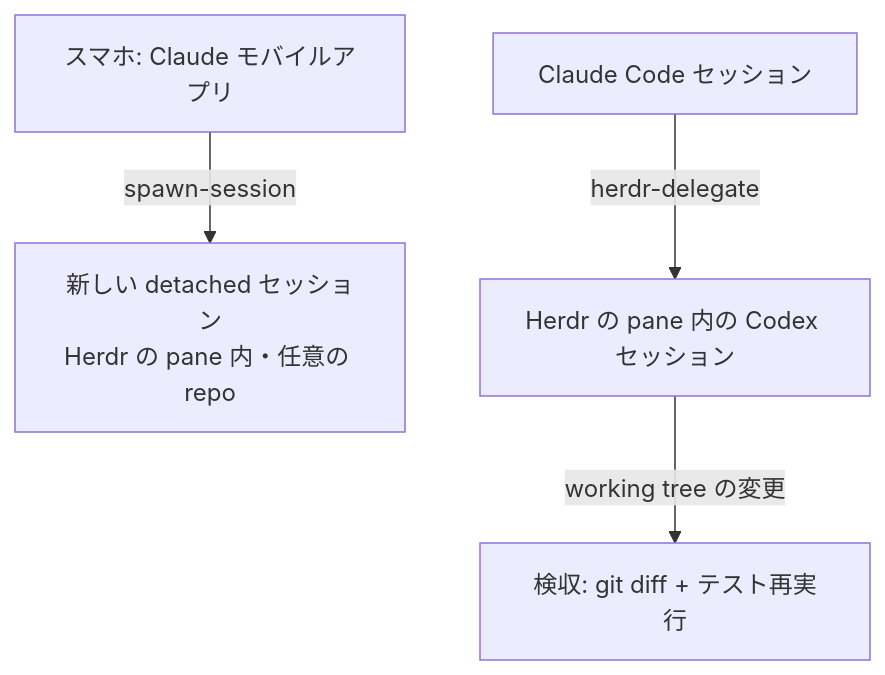
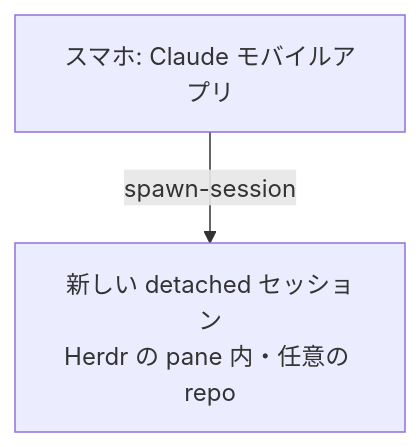
One commit to shimo4228/herdr-toolkit changed the diagram in README.ja.md. Above: the diagram before and after it, drawn with Mermaid. The commit also changed other lines of this file and 9 other files, not shown here.

First line of the commit message:
release: 2.0.0 — herdr-delegate を外し spawn-session のみに

````diff
--- a/README.ja.md
+++ b/README.ja.md
@@ -18,6 +17,4 @@
 ```mermaid
 flowchart TD
     P[スマホ: Claude モバイルアプリ] -->|spawn-session| S[新しい detached セッション<br>Herdr の pane 内・任意の repo]
-    C[Claude Code セッション] -->|herdr-delegate| X[Herdr の pane 内の Codex セッション]
-    X -->|working tree の変更| G[検収: git diff + テスト再実行]
 ```
````
